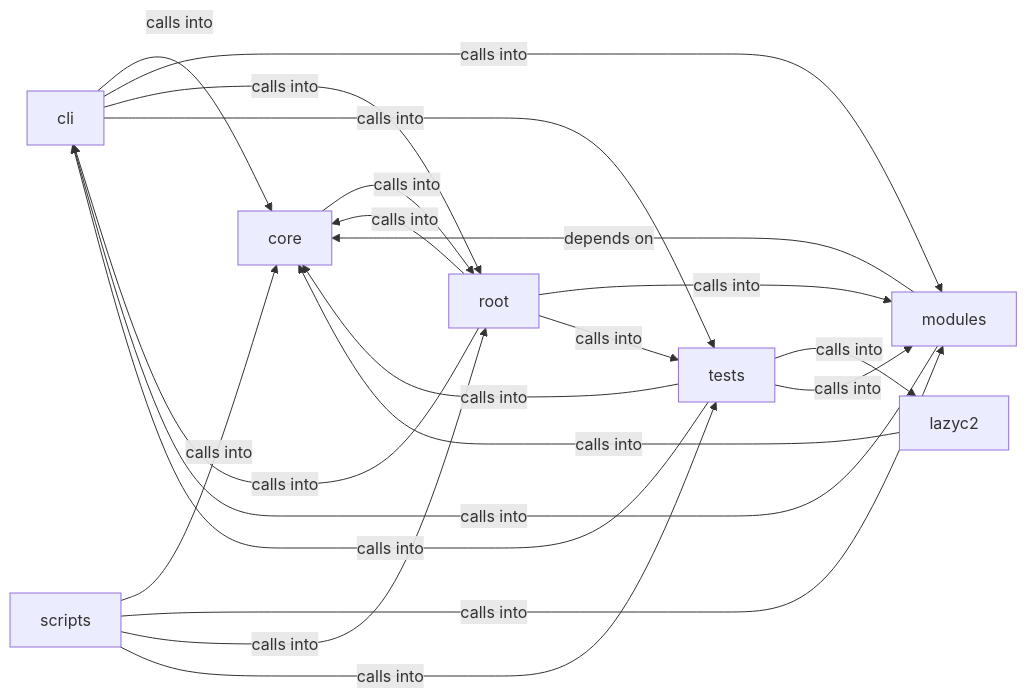
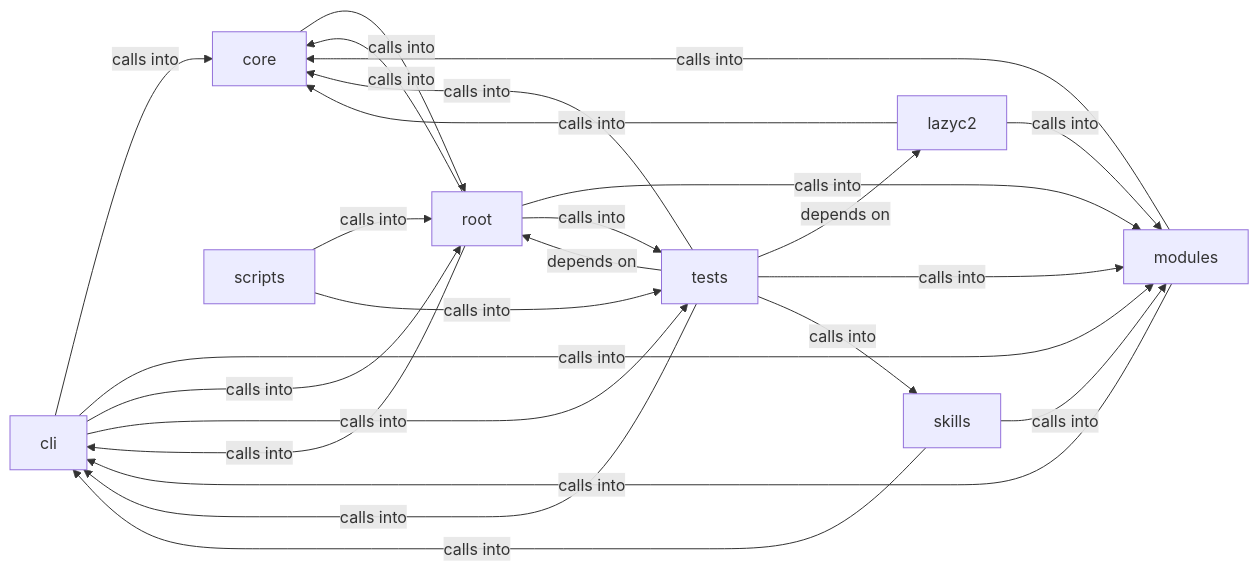
The diagram in readmenator-diagrams/modules_lazyown.md (grisuno/LazyOwn), drawn with Mermaid before and after one commit. The commit also changed other lines of this file and 768 other files, not shown here.

````diff
--- a/readmenator-diagrams/modules_lazyown.md
+++ b/readmenator-diagrams/modules_lazyown.md
@@ -5,30 +5,34 @@
 ```mermaid
 graph LR
     cli["cli"]
     core["core"]
     lazyc2["lazyc2"]
     modules["modules"]
     root["root"]
     scripts["scripts"]
+    skills["skills"]
     tests["tests"]
     cli -- "calls into" --> core
     cli -- "calls into" --> modules
     cli -- "calls into" --> root
     cli -- "calls into" --> tests
     core -- "calls into" --> root
     lazyc2 -- "calls into" --> core
+    lazyc2 -- "calls into" --> modules
     modules -- "calls into" --> cli
-    modules -- "depends on" --> core
+    modules -- "calls into" --> core
     root -- "calls into" --> cli
     root -- "calls into" --> core
     root -- "calls into" --> modules
     root -- "calls into" --> tests
-    scripts -- "calls into" --> core
-    scripts -- "calls into" --> modules
     scripts -- "calls into" --> root
     scripts -- "calls into" --> tests
+    skills -- "calls into" --> cli
+    skills -- "calls into" --> modules
     tests -- "calls into" --> cli
     tests -- "calls into" --> core
-    tests -- "calls into" --> lazyc2
+    tests -- "depends on" --> lazyc2
     tests -- "calls into" --> modules
+    tests -- "depends on" --> root
+    tests -- "calls into" --> skills
 ```
````
